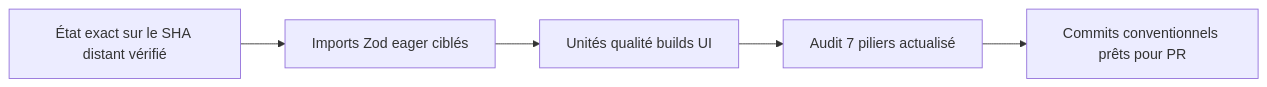
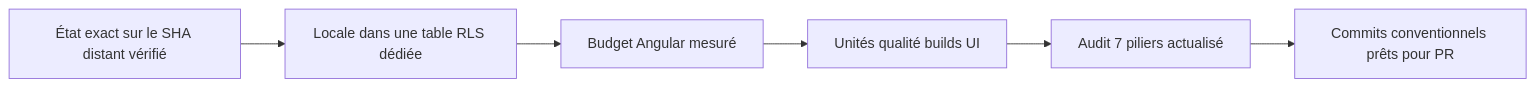
The first of 2 diagrams in aidd_docs/tasks/2026_08/2026_08_15_i18n-en-de-it-production-ready/phase-7.md (neogenz/pulpe), drawn with Mermaid before and after one commit. The commit also changed other lines of this file and 15 other files, not shown here.

````diff
--- a/aidd_docs/tasks/2026_08/2026_08_15_i18n-en-de-it-production-ready/phase-7.md
+++ b/aidd_docs/tasks/2026_08/2026_08_15_i18n-en-de-it-production-ready/phase-7.md
@@ -35,7 +41,8 @@
 ```mermaid
 flowchart LR
-  State["État exact sur le SHA distant vérifié"] --> Bundle["Imports Zod eager ciblés"]
+  State["État exact sur le SHA distant vérifié"] --> Locale["Locale dans une table RLS dédiée"]
+  Locale --> Bundle["Budget Angular mesuré"]
   Bundle --> Gates["Unités qualité builds UI"]
   Gates --> Audit["Audit 7 piliers actualisé"]
   Audit --> Commits["Commits conventionnels prêts pour PR"]
 ```
````
